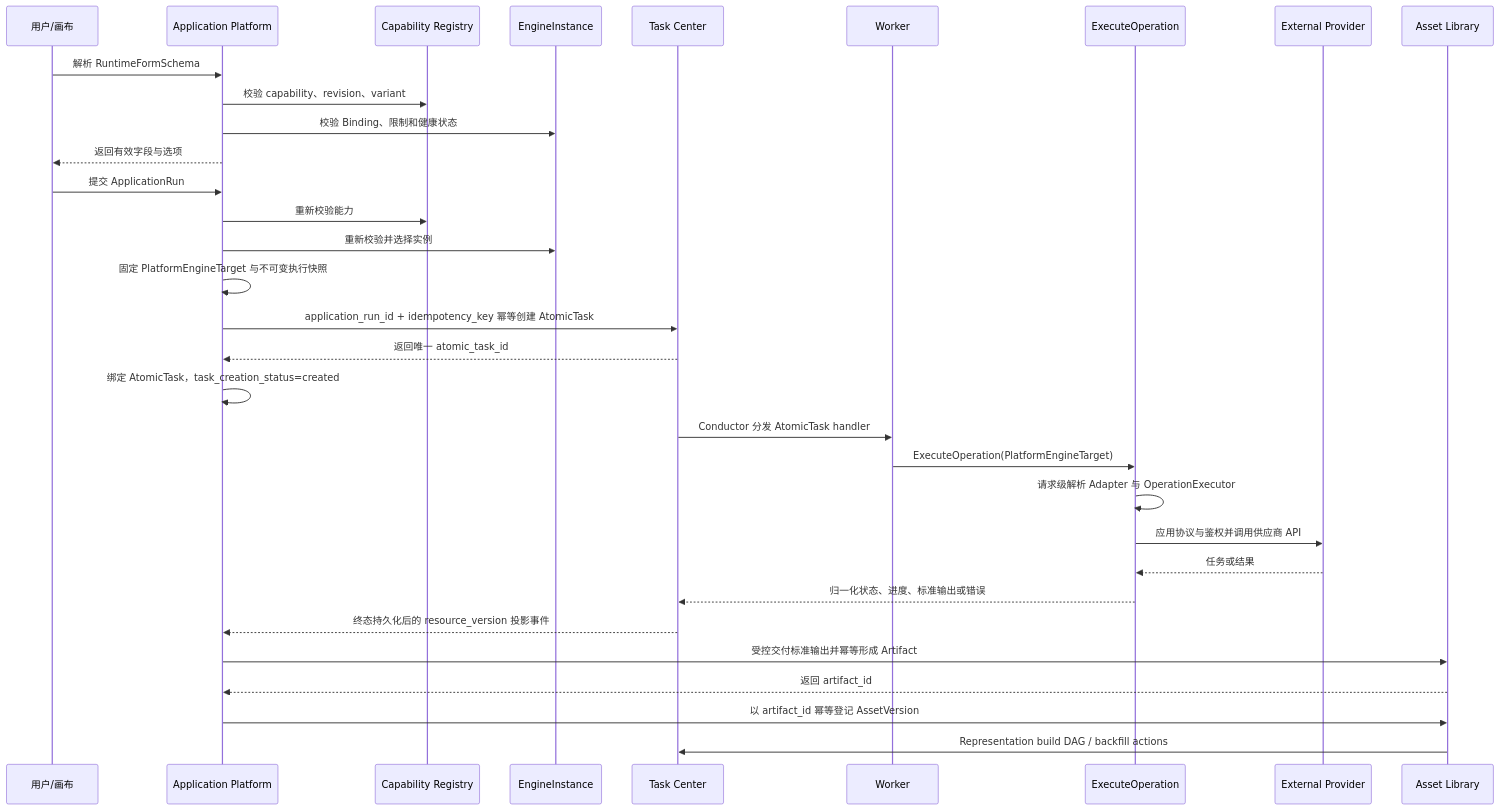
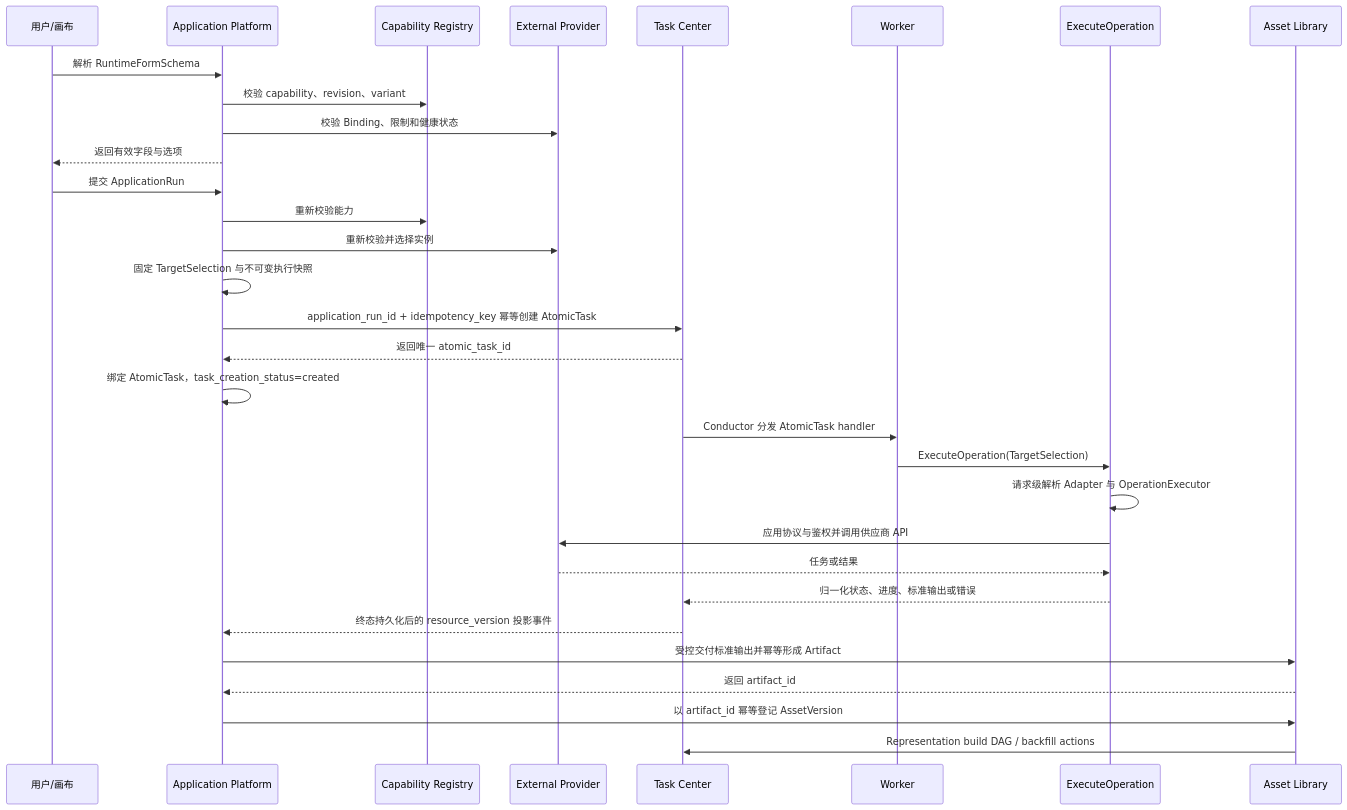
The fourth of 5 diagrams in 02_architecture/domains/modelgateway.md (wangweihong/omnimam-spec), drawn with Mermaid before and after one commit. The commit also changed other lines of this file and 67 other files, not shown here.

Commit message:
spec: implement unified provider account architecture

````diff
--- a/02_architecture/domains/modelgateway.md
+++ b/02_architecture/domains/modelgateway.md
@@ -204,35 +204,35 @@
 ```mermaid
 sequenceDiagram
     participant User as 用户/画布
     participant App as Application Platform
     participant Registry as Capability Registry
-    participant Engine as EngineInstance
+    participant Provider as ProviderAccount
     participant Task as Task Center
     participant Worker as Worker
     participant Gateway as ExecuteOperation
     participant Provider as External Provider
     participant Asset as Asset Library
 
     User->>App: 解析 RuntimeFormSchema
     App->>Registry: 校验 capability、revision、variant
-    App->>Engine: 校验 Binding、限制和健康状态
+    App->>Provider: 校验 Binding、限制和健康状态
     App-->>User: 返回有效字段与选项
     User->>App: 提交 ApplicationRun
     App->>Registry: 重新校验能力
-    App->>Engine: 重新校验并选择实例
-    App->>App: 固定 PlatformEngineTarget 与不可变执行快照
+    App->>Provider: 重新校验并选择实例
+    App->>App: 固定 TargetSelection 与不可变执行快照
     App->>Task: application_run_id + idempotency_key 幂等创建 AtomicTask
     Task-->>App: 返回唯一 atomic_task_id
     App->>App: 绑定 AtomicTask，task_creation_status=created
     Task->>Worker: Conductor 分发 AtomicTask handler
-    Worker->>Gateway: ExecuteOperation(PlatformEngineTarget)
+    Worker->>Gateway: ExecuteOperation(TargetSelection)
     Gateway->>Gateway: 请求级解析 Adapter 与 OperationExecutor
     Gateway->>Provider: 应用协议与鉴权并调用供应商 API
     Provider-->>Gateway: 任务或结果
     Gateway-->>Task: 归一化状态、进度、标准输出或错误
     Task-->>App: 终态持久化后的 resource_version 投影事件
     App->>Asset: 受控交付标准输出并幂等形成 Artifact
     Asset-->>App: 返回 artifact_id
     App->>Asset: 以 artifact_id 幂等登记 AssetVersion
     Asset->>Task: Representation build DAG / backfill actions
 ```
````
